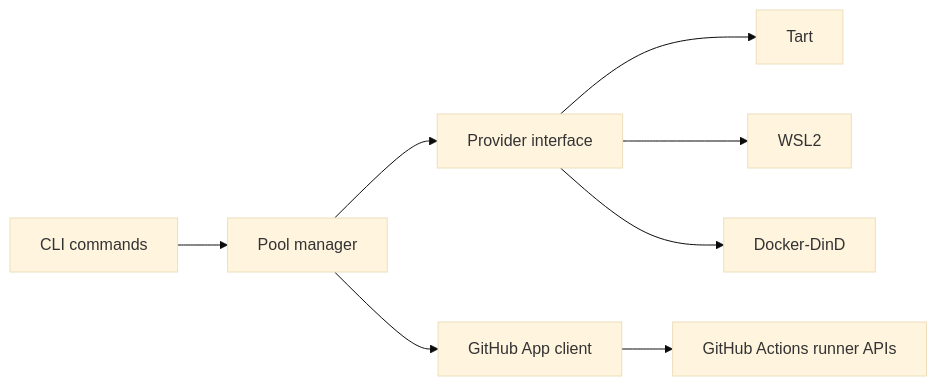
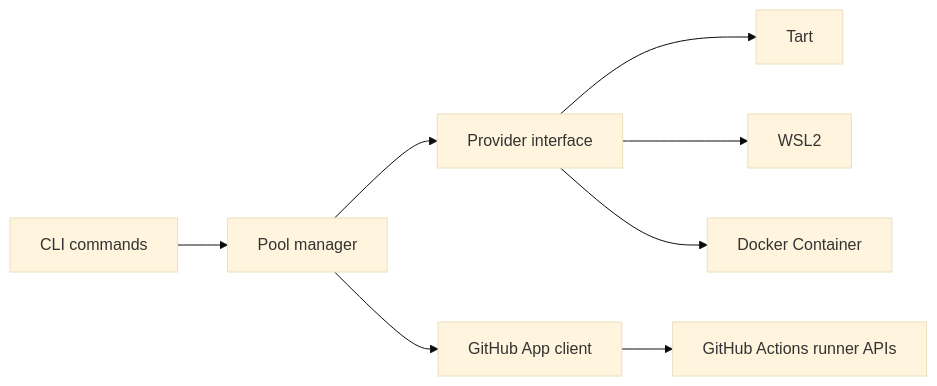
The first of 2 diagrams in docs/design.md (solutionforest/ephemeral-action-runner), drawn with Mermaid (base theme) before and after one commit. The commit also changed other lines of this file and 56 other files, not shown here.

Commit message:
Rename Docker-DinD provider to Docker Container

````diff
--- a/docs/design.md
+++ b/docs/design.md
@@ -9,10 +9,10 @@
 ```mermaid
 flowchart LR
   CLI["CLI commands"] --> Manager["Pool manager"]
   Manager --> Provider["Provider interface"]
   Manager --> GitHub["GitHub App client"]
   Provider --> Tart["Tart"]
   Provider --> WSL["WSL2"]
-  Provider --> DinD["Docker-DinD"]
+  Provider --> DockerContainer["Docker Container"]
   GitHub --> API["GitHub Actions runner APIs"]
 ```
````
